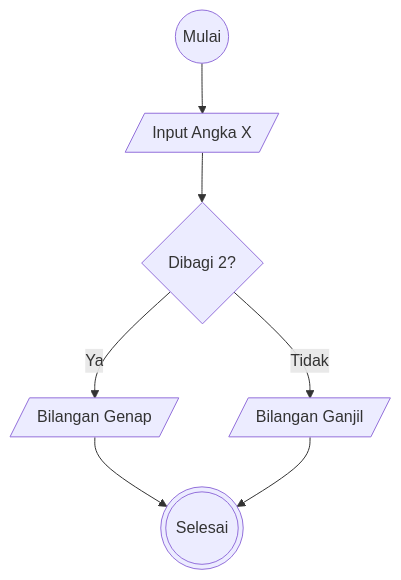
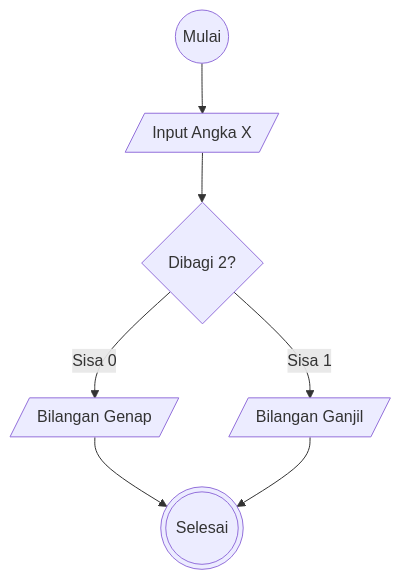
One commit to yusufbahtiarr/fgo24-algoritma changed the diagram in algoritma-mititask-bilanganganjil-genap.md. Above: the diagram before and after it, drawn with Mermaid.

Commit message:
Update algoritma-mititask-bilanganganjil-genap.md
perubahan if

````diff
--- a/algoritma-mititask-bilanganganjil-genap.md
+++ b/algoritma-mititask-bilanganganjil-genap.md
@@ -10,15 +10,15 @@
 ```mermaid
     flowchart TD
         A((Mulai))
         B[/Input Angka X/]
         C{Dibagi 2?}
         CGA[/Bilangan Genap/]
         CGI[/Bilangan Ganjil/]
         D(((Selesai)))
         A --> B
         B --> C
-        C --Ya --> CGA
-        C --Tidak --> CGI
+        C -- Sisa 0 --> CGA
+        C -- Sisa 1 --> CGI
         CGA --> D
         CGI --> D
 ```
````
